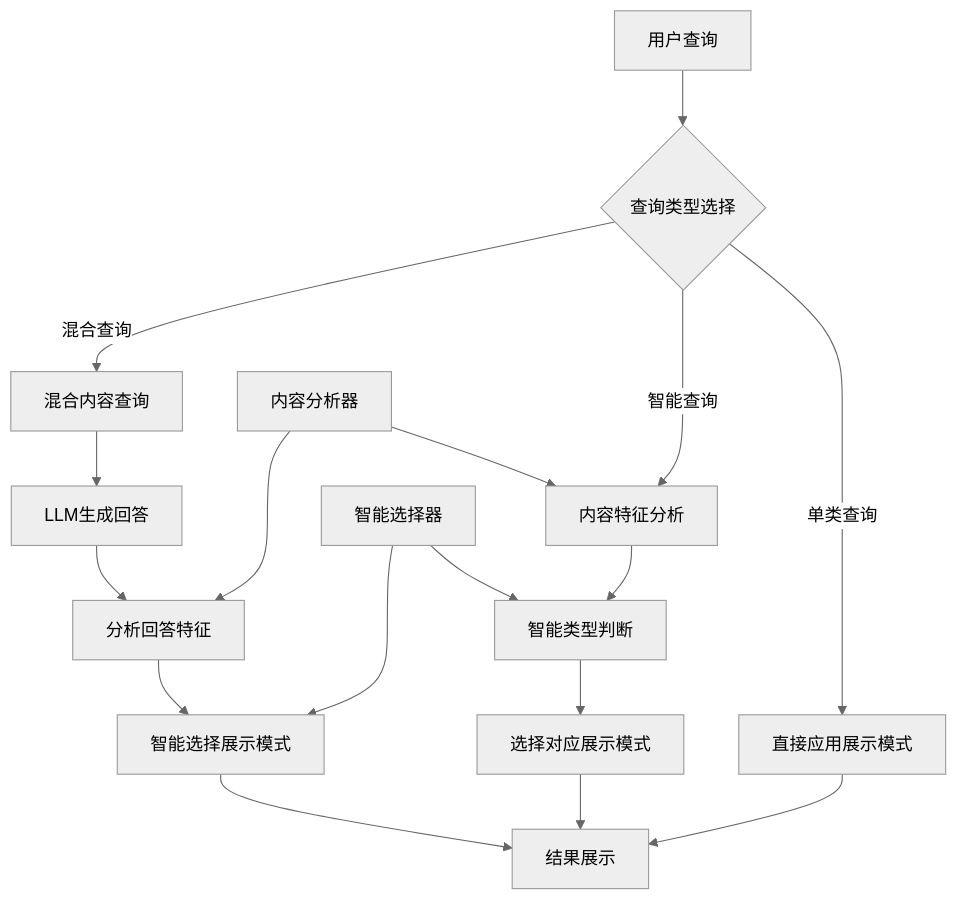
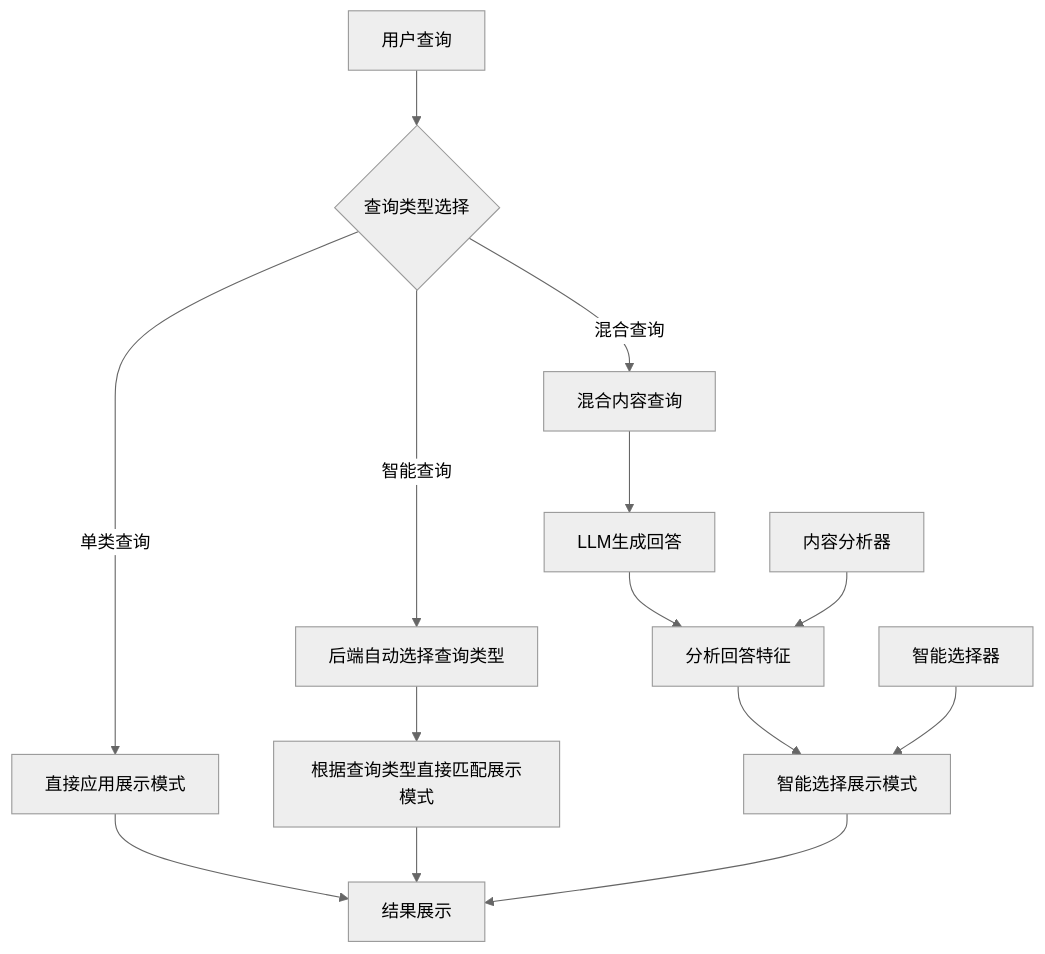
One commit to alvaxu/RAG-system changed the diagram in RAGsystemV3/share/1.prepare/44.RAG系统前端展示模式选择模块详细设计文档.md. Above: the diagram before and after it, drawn with Mermaid (neutral theme). The commit also changed other lines of this file and 53 other files, not shown here.

First line of the commit message:
feat: 完善RAG系统图片召回策略和文档

````diff
--- a/RAGsystemV3/share/1.prepare/44.RAG系统前端展示模式选择模块详细设计文档.md
+++ b/RAGsystemV3/share/1.prepare/44.RAG系统前端展示模式选择模块详细设计文档.md
@@ -69,24 +73,21 @@
 ```mermaid
 graph TD
     A[用户查询] --> B{查询类型选择}
     
     B -->|单类查询| C[直接应用展示模式]
-    B -->|智能查询| D[内容特征分析]
+    B -->|智能查询| D[后端自动选择查询类型]
     B -->|混合查询| E[混合内容查询]
     
-    D --> F[智能类型判断]
-    F --> G[选择对应展示模式]
+    D --> G[根据查询类型直接匹配展示模式]
     
     E --> H[LLM生成回答]
     H --> I[分析回答特征]
     I --> J[智能选择展示模式]
     
     C --> K[结果展示]
     G --> K
     J --> K
     
-    L[内容分析器] --> D
-    L --> I
-    M[智能选择器] --> F
-    M --> J
+    L[内容分析器] --> I
+    M[智能选择器] --> J
 ```
````
